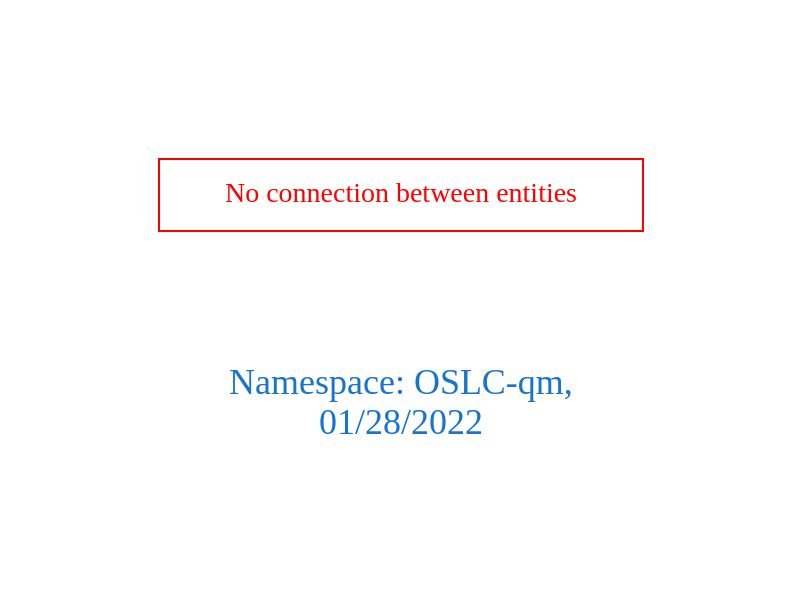
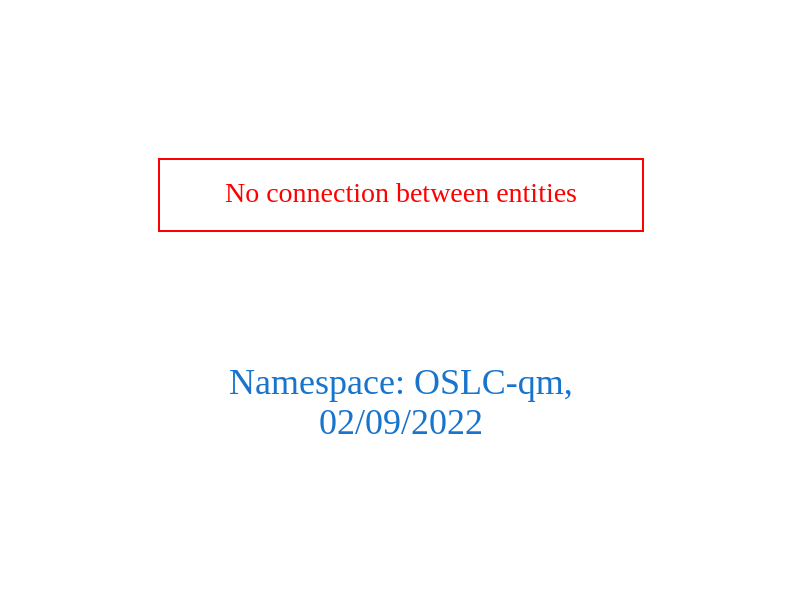
Before and after one commit to arago/OGIT: the diagram in downloads/OSLC-qm.dot, drawn with Graphviz. The commit also changed 1915 other files, not shown here.

```diff
--- a/downloads/OSLC-qm.dot
+++ b/downloads/OSLC-qm.dot
@@ -1,9 +1,9 @@
 digraph OGIT_ontology {
  graph [ rankdir= LR,pad=1 
 fontsize = 18,
-fontcolor= dodgerblue3,label = "\n\n\nNamespace: OSLC-qm, \n 01/28/2022"];
+fontcolor= dodgerblue3,label = "\n\n\nNamespace: OSLC-qm, \n 02/09/2022"];
 node[shape=polygon];
 edge [  color="gray81"];
 
 "No connection between entities" [fontcolor = "red",color="red", shape="polygon"]
 }
```
